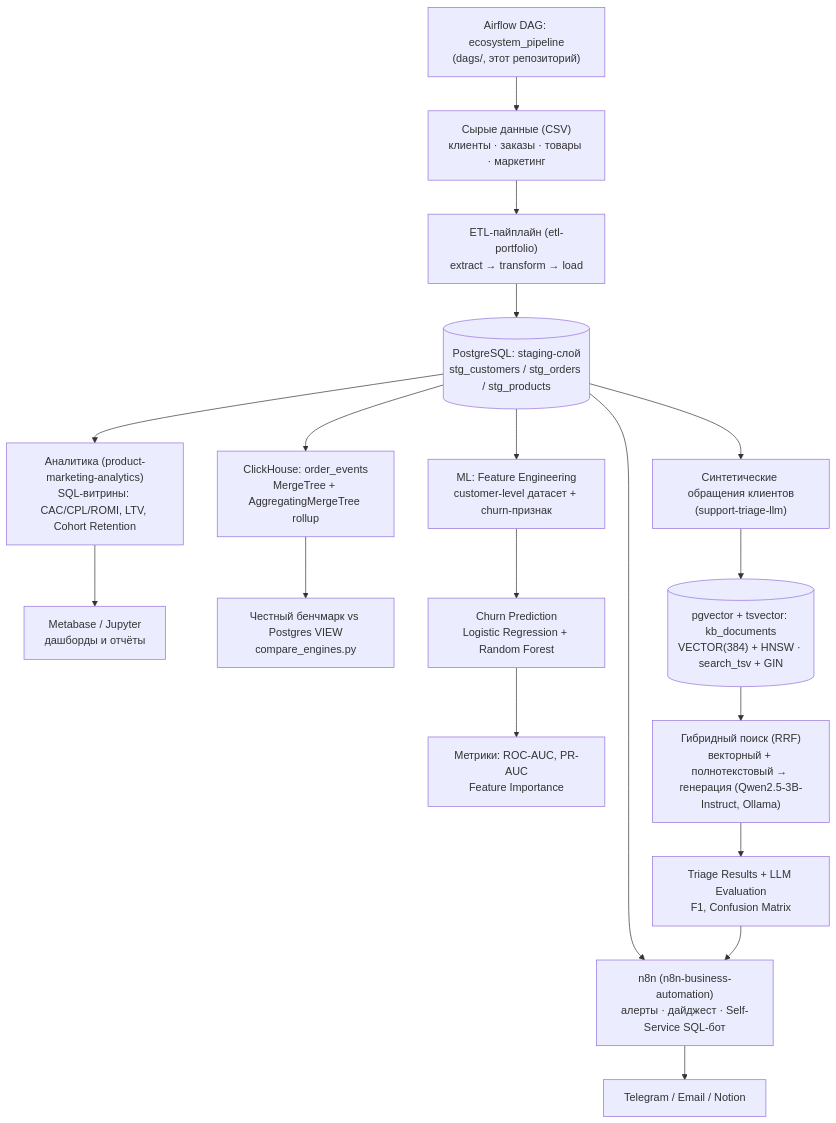
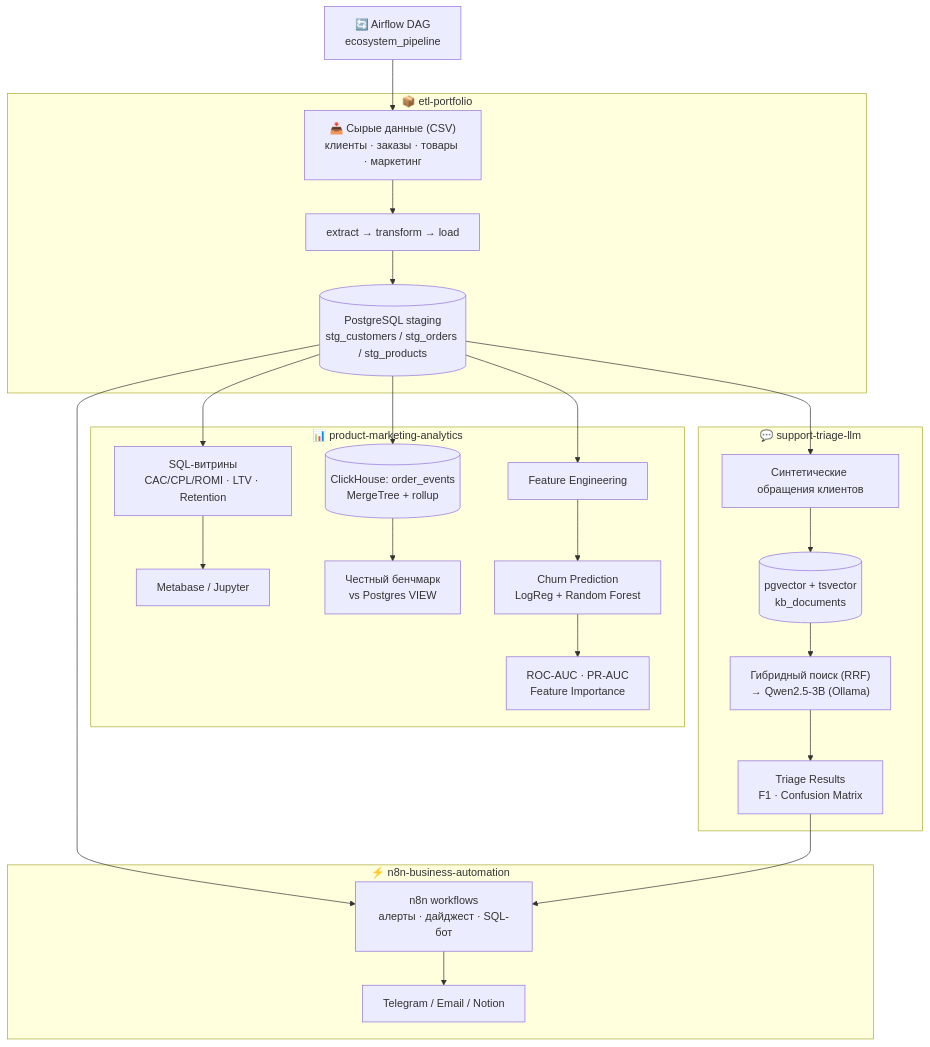
Before and after one commit to exist-ty/Nikolay-Kolesnikov-Data-Engineering-Applied-ML-LLM-Portfolio-Hub: the diagram in README.md, drawn with Mermaid. The commit also changed other lines of this file and 1 other file, not shown here.

Commit message:
Group architecture diagram into per-repo subgraphs for readability
The flat 18-node graph made it hard to tell at a glance which node
belongs to which repo. Grouped into 4 subgraphs (etl-portfolio,
product-marketing-analytics, support-triage-llm, n8n-business-automation)
with emoji labels, so the diagram reads as "one box per repository"
instead of one undifferentiated flow.

````diff
--- a/README.md
+++ b/README.md
@@ -17,25 +17,32 @@
 ```mermaid
 graph TD
-    Z["Airflow DAG: ecosystem_pipeline<br/>(dags/, этот репозиторий)"] --> A
-    A["Сырые данные (CSV)<br/>клиенты · заказы · товары · маркетинг"] --> B["ETL-пайплайн (etl-portfolio)<br/>extract → transform → load"]
-    B --> C[("PostgreSQL: staging-слой<br/>stg_customers / stg_orders / stg_products")]
+    Z["🔄 Airflow DAG<br/>ecosystem_pipeline"] --> A["📥 Сырые данные (CSV)<br/>клиенты · заказы · товары · маркетинг"]
 
-    C --> D["Аналитика (product-marketing-analytics)<br/>SQL-витрины: CAC/CPL/ROMI, LTV, Cohort Retention"]
-    C --> E["ML: Feature Engineering<br/>customer-level датасет + churn-признак"]
-    C --> F["Синтетические обращения клиентов<br/>(support-triage-llm)"]
-    C --> M["ClickHouse: order_events<br/>MergeTree + AggregatingMergeTree rollup"]
+    subgraph ETL["📦 etl-portfolio"]
+        A --> B["extract → transform → load"]
+        B --> C[("PostgreSQL staging<br/>stg_customers / stg_orders / stg_products")]
+    end
 
-    D --> G["Metabase / Jupyter<br/>дашборды и отчёты"]
-    M --> N["Честный бенчмарк vs Postgres VIEW<br/>compare_engines.py"]
+    subgraph ANALYTICS["📊 product-marketing-analytics"]
+        C --> D["SQL-витрины<br/>CAC/CPL/ROMI · LTV · Retention"]
+        D --> G["Metabase / Jupyter"]
+        C --> M[("ClickHouse: order_events<br/>MergeTree + rollup")]
+        M --> N["Честный бенчмарк<br/>vs Postgres VIEW"]
+        C --> E["Feature Engineering"]
+        E --> H["Churn Prediction<br/>LogReg + Random Forest"]
+        H --> I["ROC-AUC · PR-AUC<br/>Feature Importance"]
+    end
 
-    E --> H["Churn Prediction<br/>Logistic Regression + Random Forest"]
-    H --> I["Метрики: ROC-AUC, PR-AUC<br/>Feature Importance"]
+    subgraph LLM["💬 support-triage-llm"]
+        C --> F["Синтетические обращения клиентов"]
+        F --> J[("pgvector + tsvector<br/>kb_documents")]
+        J --> K["Гибридный поиск (RRF)<br/>→ Qwen2.5-3B (Ollama)"]
+        K --> L["Triage Results<br/>F1 · Confusion Matrix"]
+    end
 
-    F --> J[("pgvector + tsvector: kb_documents<br/>VECTOR(384) + HNSW · search_tsv + GIN")]
-    J --> K["Гибридный поиск (RRF)<br/>векторный + полнотекстовый → генерация (Qwen2.5-3B-Instruct, Ollama)"]
-    K --> L["Triage Results + LLM Evaluation<br/>F1, Confusion Matrix"]
-
-    C --> O["n8n (n8n-business-automation)<br/>алерты · дайджест · Self-Service SQL-бот"]
-    L --> O
-    O --> P["Telegram / Email / Notion"]
+    subgraph N8N["⚡ n8n-business-automation"]
+        C --> O["n8n workflows<br/>алерты · дайджест · SQL-бот"]
+        L --> O
+        O --> P["Telegram / Email / Notion"]
+    end
 ```
````
